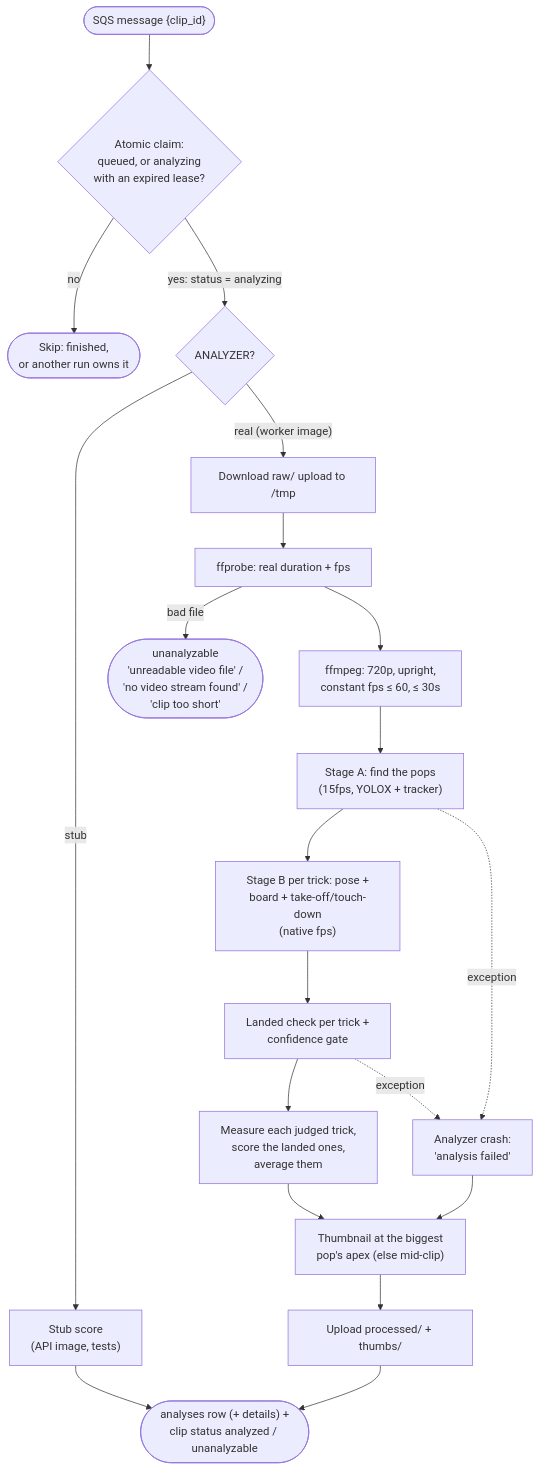
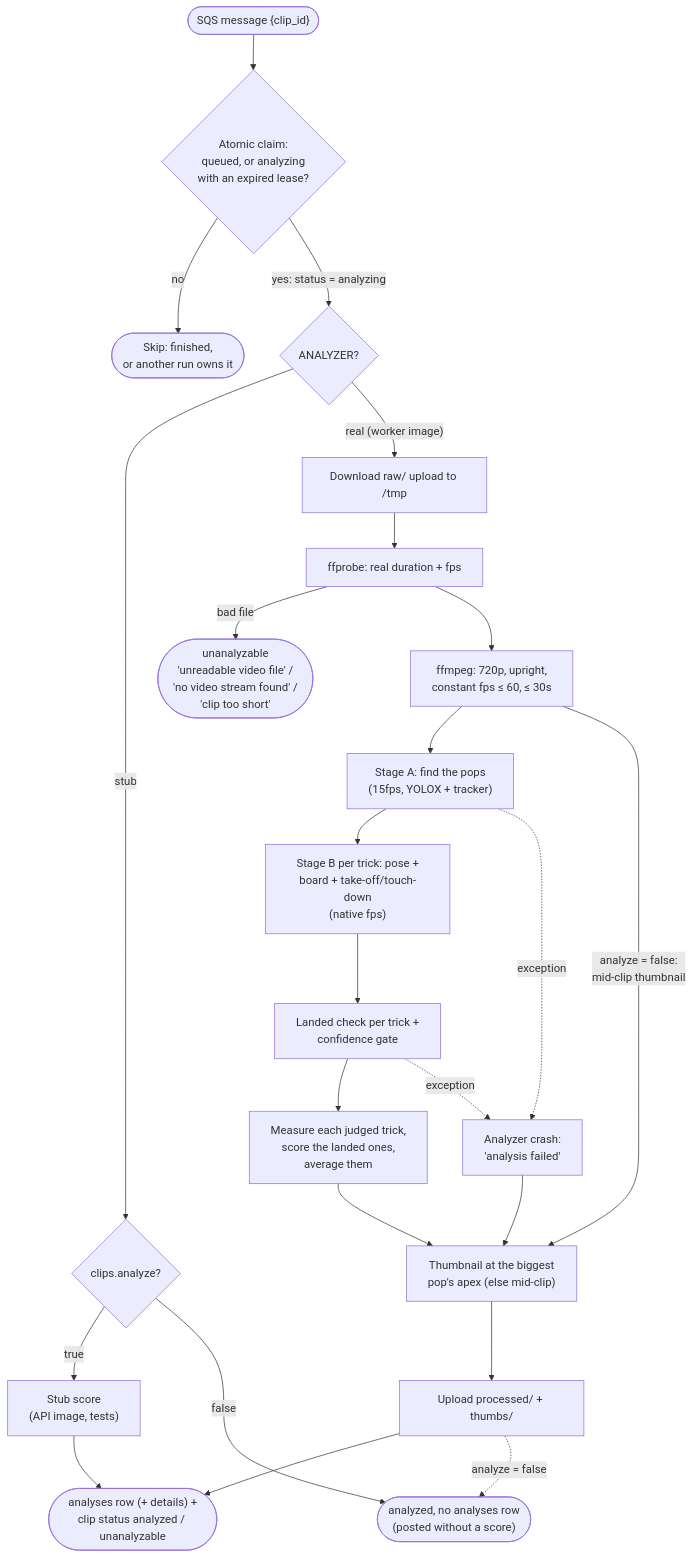
The first of 2 diagrams in docs/components/analyzer.md (NickPalceski/TrickLens), drawn with Mermaid before and after one commit. The commit also changed other lines of this file and 58 other files, not shown here.

````diff
--- a/docs/components/analyzer.md
+++ b/docs/components/analyzer.md
@@ -22,32 +22,38 @@
 ```mermaid
 flowchart TD
     msg(["SQS message {clip_id}"])
     claim{"Atomic claim:<br/>queued, or analyzing<br/>with an expired lease?"}
     skip(["Skip: finished,<br/>or another run owns it"])
     mode{"ANALYZER?"}
     stub["Stub score<br/>(API image, tests)"]
     dl["Download raw/ upload to /tmp"]
     probe["ffprobe: real duration + fps"]
     bad(["unanalyzable<br/>'unreadable video file' /<br/>'no video stream found' /<br/>'clip too short'"])
     tx["ffmpeg: 720p, upright,<br/>constant fps ≤ 60, ≤ 30s"]
+    noan{"clips.analyze?"}
+    ready(["analyzed, no analyses row<br/>(posted without a score)"])
     sa["Stage A: find the pops<br/>(15fps, YOLOX + tracker)"]
     sb["Stage B per trick: pose +<br/>board + take-off/touch-down<br/>(native fps)"]
     gt["Landed check per trick +<br/>confidence gate"]
     meas["Measure each judged trick,<br/>score the landed ones,<br/>average them"]
     crash["Analyzer crash:<br/>'analysis failed'"]
     thumb["Thumbnail at the biggest<br/>pop's apex (else mid-clip)"]
     up["Upload processed/ + thumbs/"]
     write(["analyses row (+ details) +<br/>clip status analyzed / unanalyzable"])
 
     msg --> claim
     claim -- no --> skip
     claim -- "yes: status = analyzing" --> mode
-    mode -- "stub" --> stub --> write
+    mode -- "stub" --> noan
     mode -- "real (worker image)" --> dl --> probe
     probe -- "bad file" --> bad
+    noan -- "true" --> stub --> write
+    noan -- "false" --> ready
     probe --> tx --> sa --> sb --> gt --> meas --> thumb
+    tx -- "analyze = false:<br/>mid-clip thumbnail" --> thumb
     sa -. "exception" .-> crash
     gt -. "exception" .-> crash
     crash --> thumb
     thumb --> up --> write
+    up -. "analyze = false" .-> ready
 ```
````
